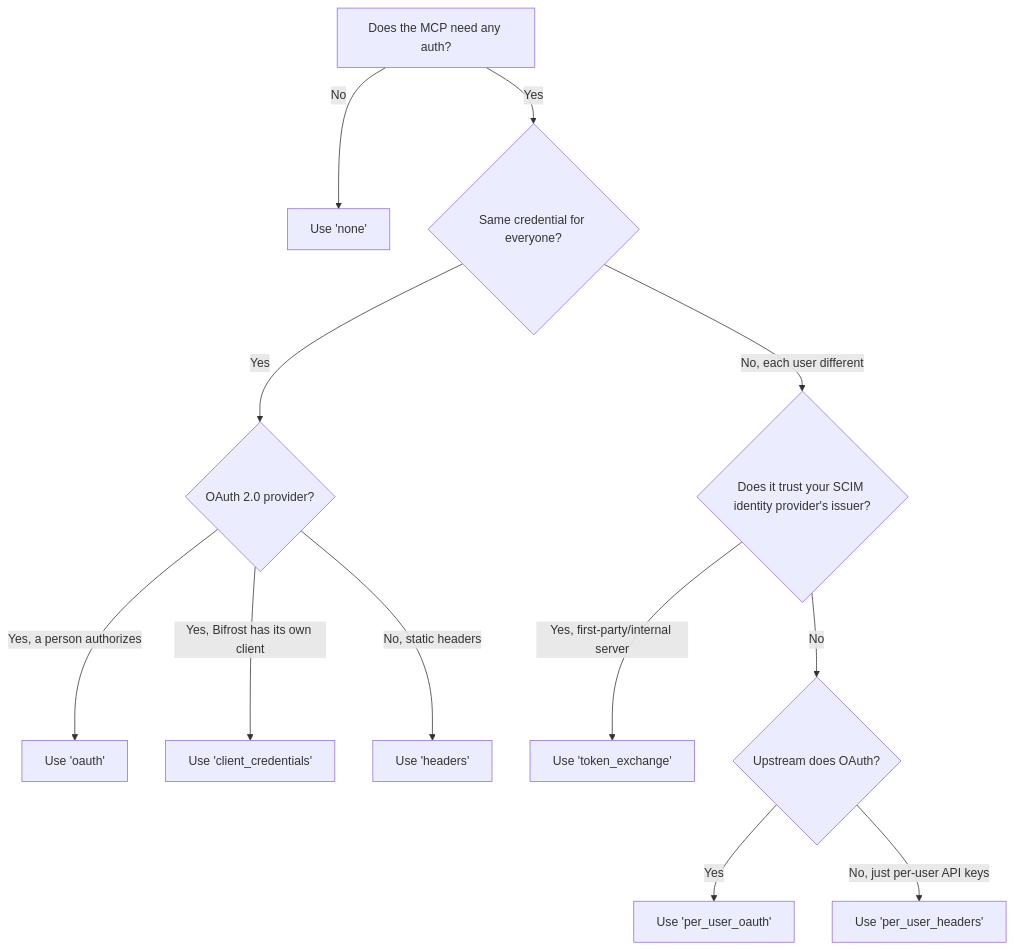
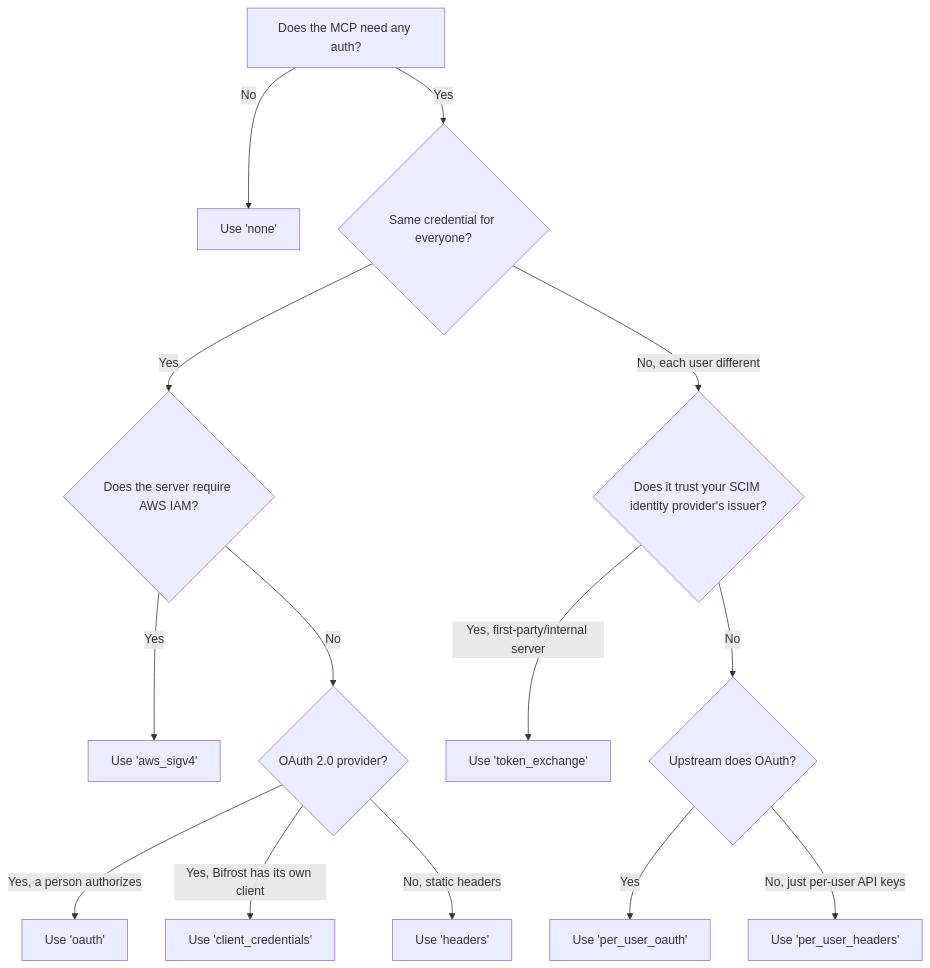
One commit to maximhq/bifrost changed the diagram in docs/mcp/auth/overview.mdx. Above: the diagram before and after it, drawn with Mermaid. The commit also changed other lines of this file and 11 other files, not shown here.

````diff
--- a/docs/mcp/auth/overview.mdx
+++ b/docs/mcp/auth/overview.mdx
@@ -67,14 +69,16 @@
 ```mermaid
 flowchart TD
     A[Does the MCP need any auth?] -->|No| N[Use 'none']
     A -->|Yes| B{Same credential for everyone?}
-    B -->|Yes| C{OAuth 2.0 provider?}
+    B -->|Yes| AW{Does the server require AWS IAM?}
+    AW -->|Yes| SV[Use 'aws_sigv4']
+    AW -->|No| C{OAuth 2.0 provider?}
     B -->|No, each user different| D{Does it trust your SCIM identity provider's issuer?}
     C -->|Yes, a person authorizes| O[Use 'oauth']
     C -->|Yes, Bifrost has its own client| CC[Use 'client_credentials']
     C -->|No, static headers| H[Use 'headers']
     D -->|Yes, first-party/internal server| TE[Use 'token_exchange']
     D -->|No| E{Upstream does OAuth?}
     E -->|Yes| PO[Use 'per_user_oauth']
     E -->|No, just per-user API keys| PH[Use 'per_user_headers']
 ```
````
